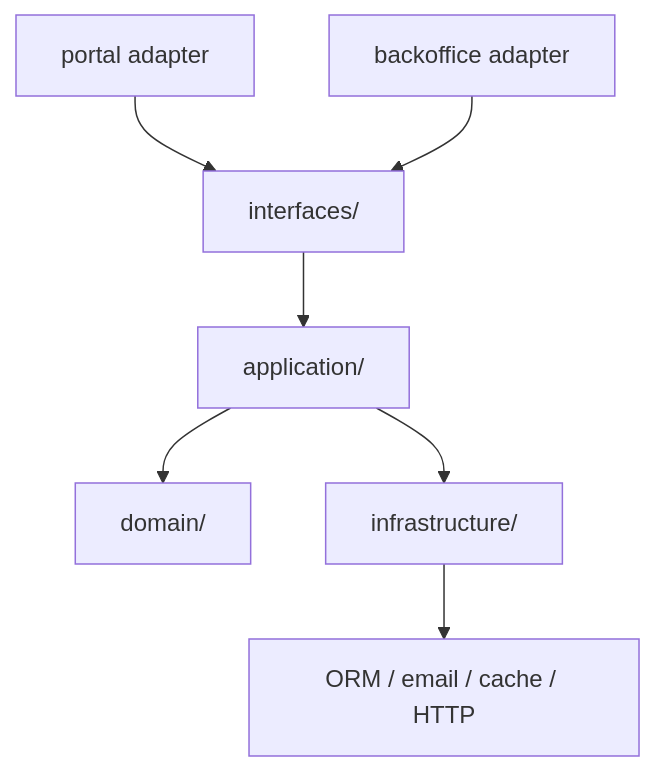
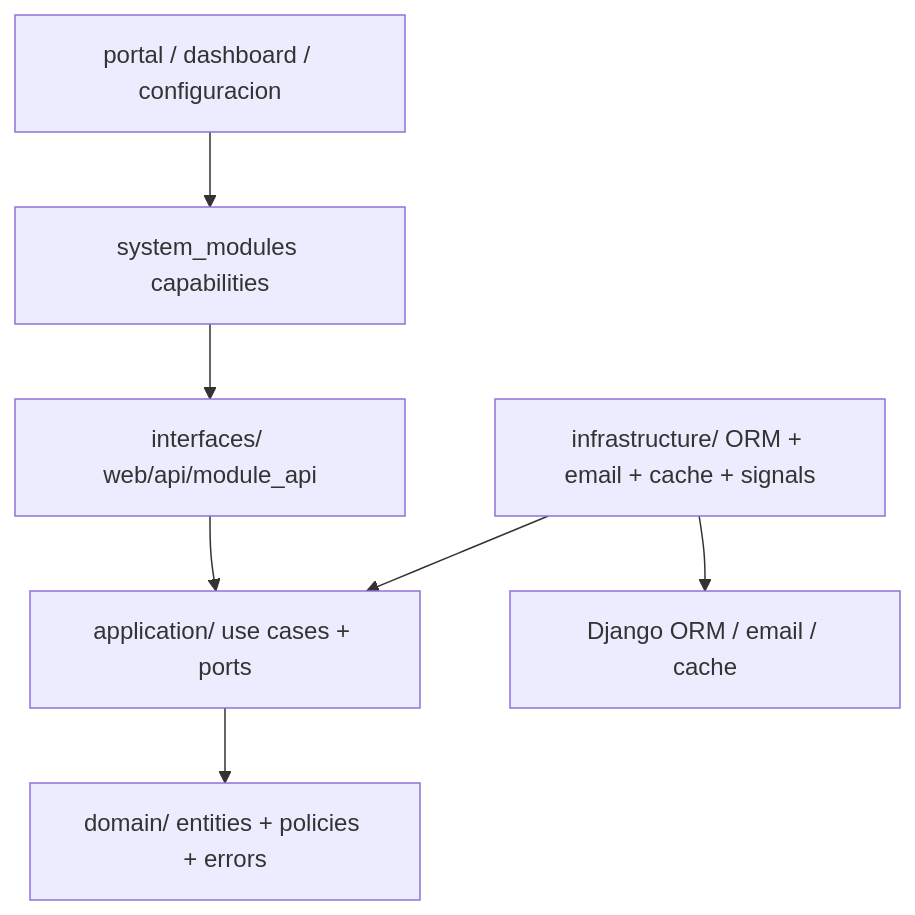
Before and after one commit to Mkdir-arg/SistemSo: the second of 2 diagrams in README.md, drawn with Mermaid. The commit also changed other lines of this file and 307 other files, not shown here.

````diff
--- a/README.md
+++ b/README.md
@@ -33,9 +34,9 @@
 ```mermaid
 flowchart TD
-  interfaces["interfaces/"] --> application["application/"]
-  application --> domain["domain/"]
-  application --> infrastructure["infrastructure/"]
-  infrastructure --> django["ORM / email / cache / HTTP"]
-  portal["portal adapter"] --> interfaces
-  backoffice["backoffice adapter"] --> interfaces
+  interfaces["interfaces/ web/api/module_api"] --> application["application/ use cases + ports"]
+  application --> domain["domain/ entities + policies + errors"]
+  infrastructure["infrastructure/ ORM + email + cache + signals"] --> application
+  infrastructure --> django["Django ORM / email / cache"]
+  shells["portal / dashboard / configuracion"] --> capabilities["system_modules capabilities"]
+  capabilities --> interfaces
 ```
````
